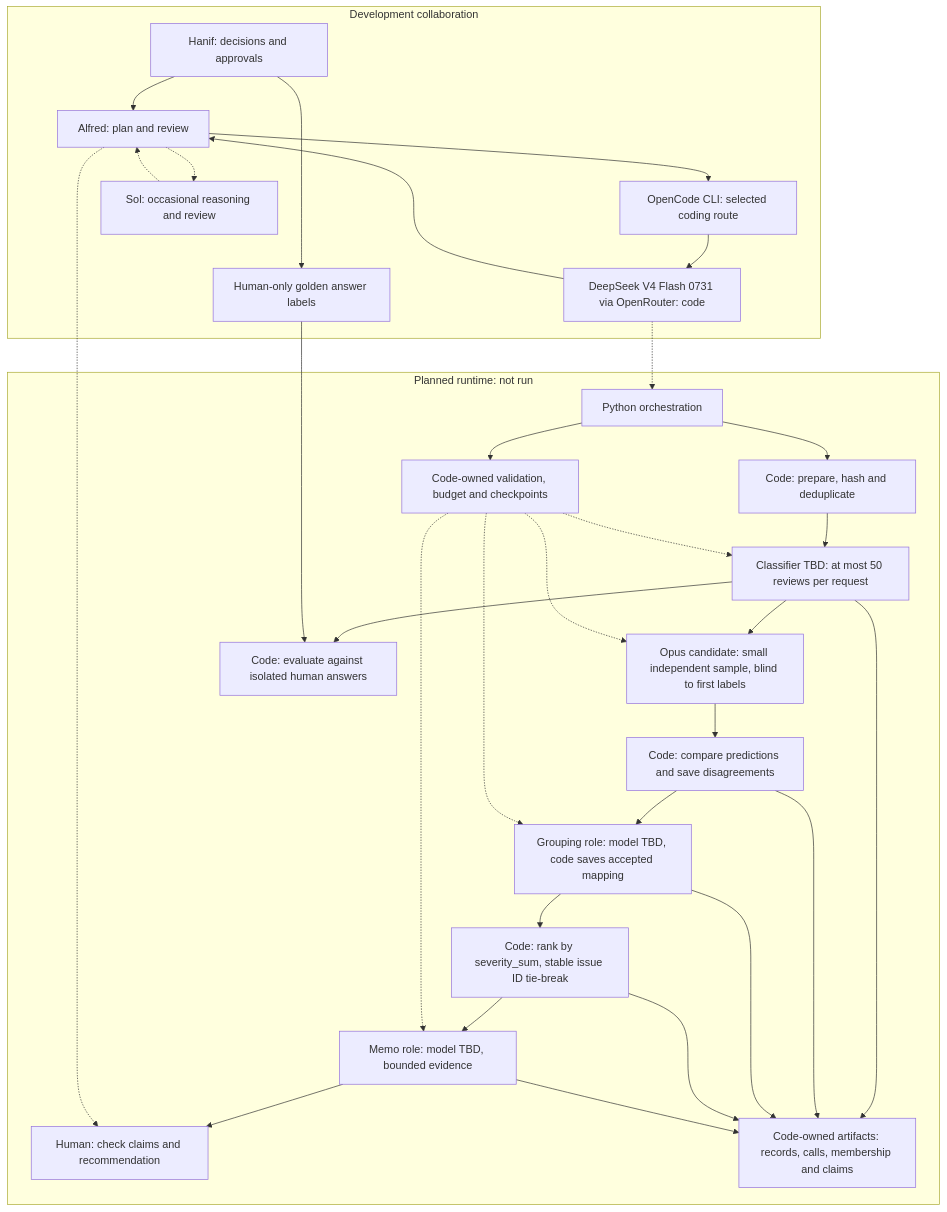
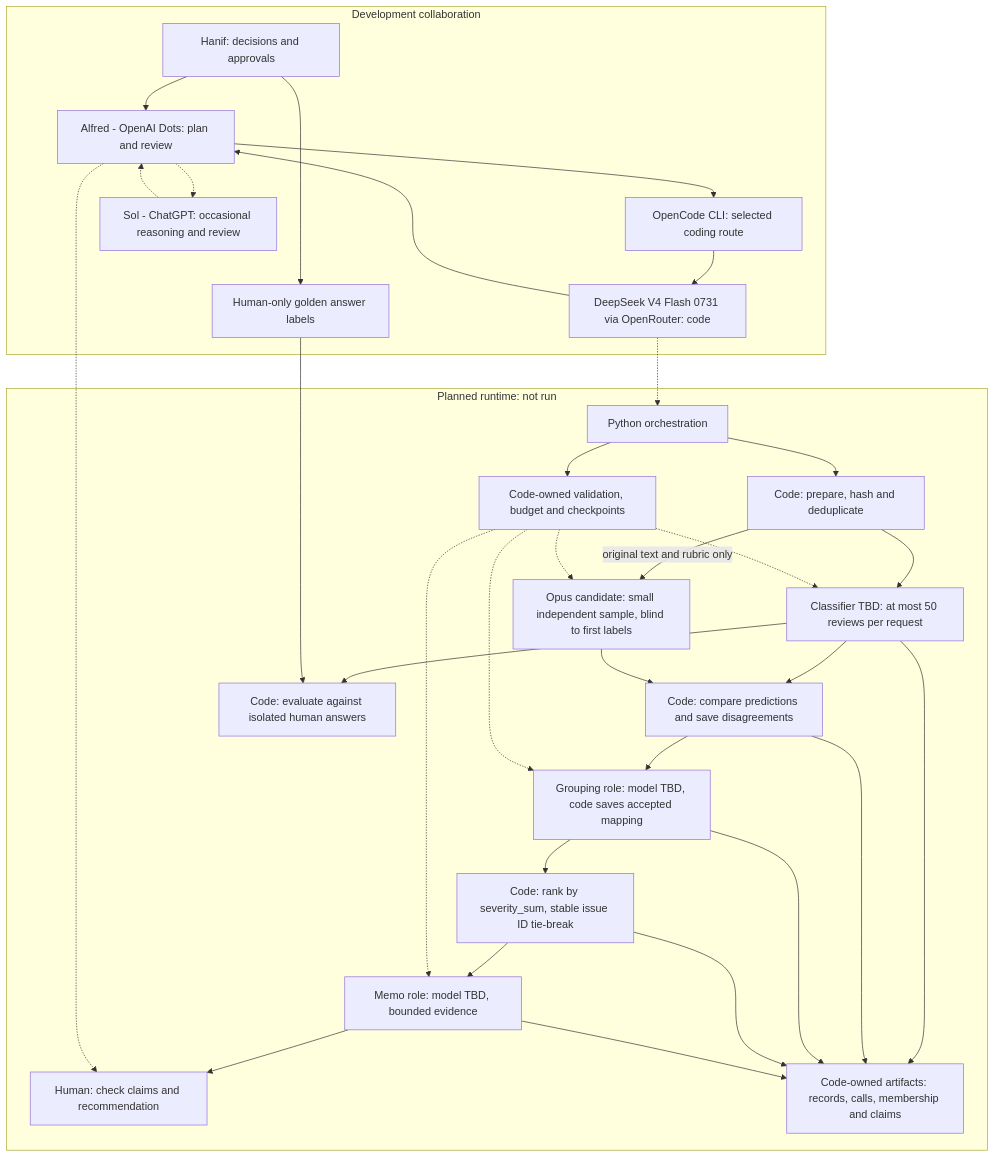
Before and after one commit to patronofalltrades/Fundamentals-of-Agentic-AI-Final-Assignment: the diagram in docs/architecture.md, drawn with Mermaid. The commit also changed other lines of this file and 8 other files, not shown here.

````diff
--- a/docs/architecture.md
+++ b/docs/architecture.md
@@ -7,56 +7,57 @@
 ```mermaid
 flowchart TB
     subgraph DEV[Development collaboration]
         Hanif[Hanif: decisions and approvals]
-        Alfred[Alfred: plan and review]
+        Alfred[Alfred - OpenAI Dots: plan and review]
         CLI[OpenCode CLI: selected coding route]
         DeepSeek[DeepSeek V4 Flash 0731 via OpenRouter: code]
-        Sol[Sol: occasional reasoning and review]
+        Sol[Sol - ChatGPT: occasional reasoning and review]
         Golden[Human-only golden answer labels]
         Hanif --> Alfred
         Alfred --> CLI
         CLI --> DeepSeek
         DeepSeek --> Alfred
         Alfred -.-> Sol
         Sol -.-> Alfred
         Hanif --> Golden
     end
 
     subgraph RUN[Planned runtime: not run]
         Python[Python orchestration]
         Prepare[Code: prepare, hash and deduplicate]
         Classify[Classifier TBD: at most 50 reviews per request]
         Verify[Opus candidate: small independent sample, blind to first labels]
         Compare[Code: compare predictions and save disagreements]
         Group[Grouping role: model TBD, code saves accepted mapping]
         Rank[Code: rank by severity_sum, stable issue ID tie-break]
         Memo[Memo role: model TBD, bounded evidence]
         Human[Human: check claims and recommendation]
         Saved[Code-owned artifacts: records, calls, membership and claims]
         Controls[Code-owned validation, budget and checkpoints]
         Eval[Code: evaluate against isolated human answers]
         Python --> Prepare
         Prepare --> Classify
-        Classify --> Verify
+        Prepare -->|original text and rubric only| Verify
+        Classify --> Compare
         Verify --> Compare
         Compare --> Group
         Group --> Rank
         Rank --> Memo
         Memo --> Human
         Python --> Controls
         Controls -.-> Classify
         Controls -.-> Verify
         Controls -.-> Group
         Controls -.-> Memo
         Classify --> Saved
         Compare --> Saved
         Group --> Saved
         Rank --> Saved
         Memo --> Saved
         Classify --> Eval
     end
 
     DeepSeek -.-> Python
     Alfred -.-> Human
     Golden --> Eval
 ```
````
